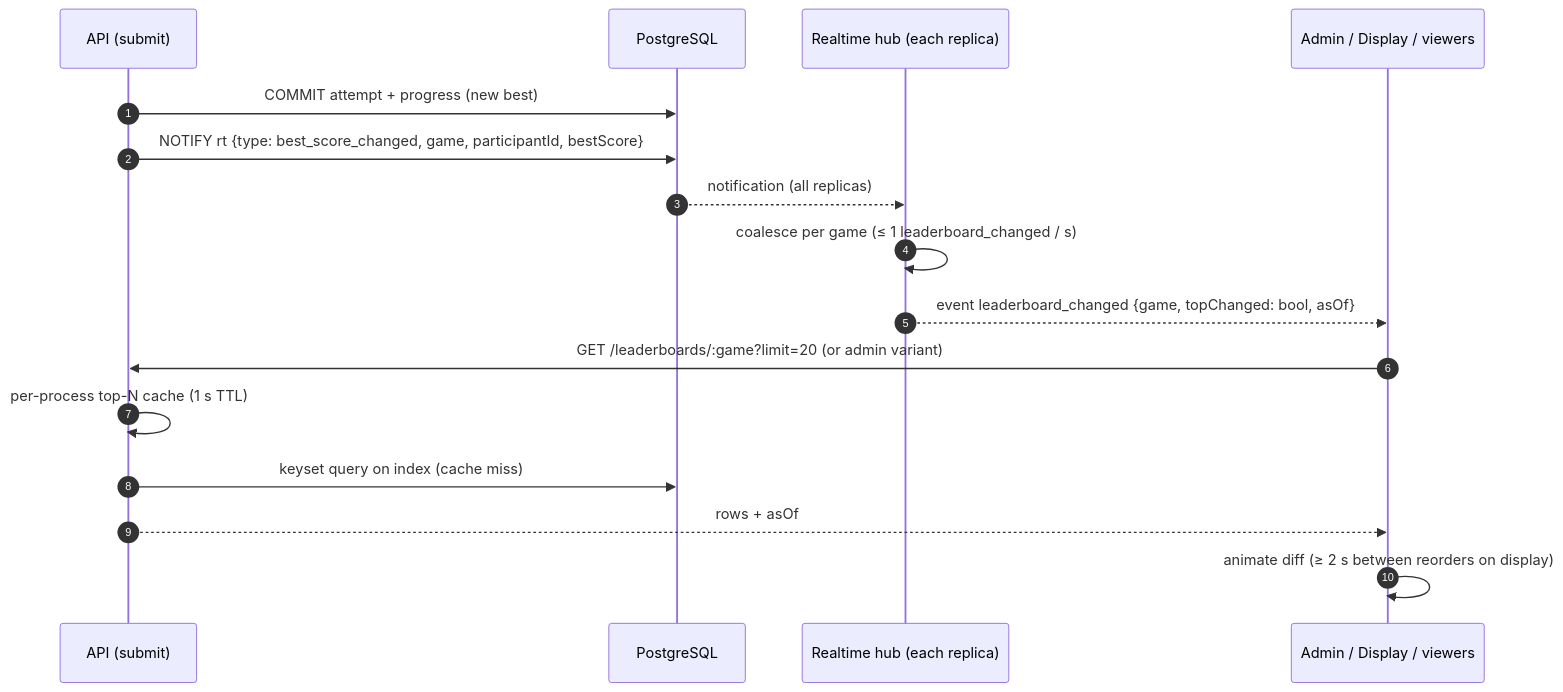
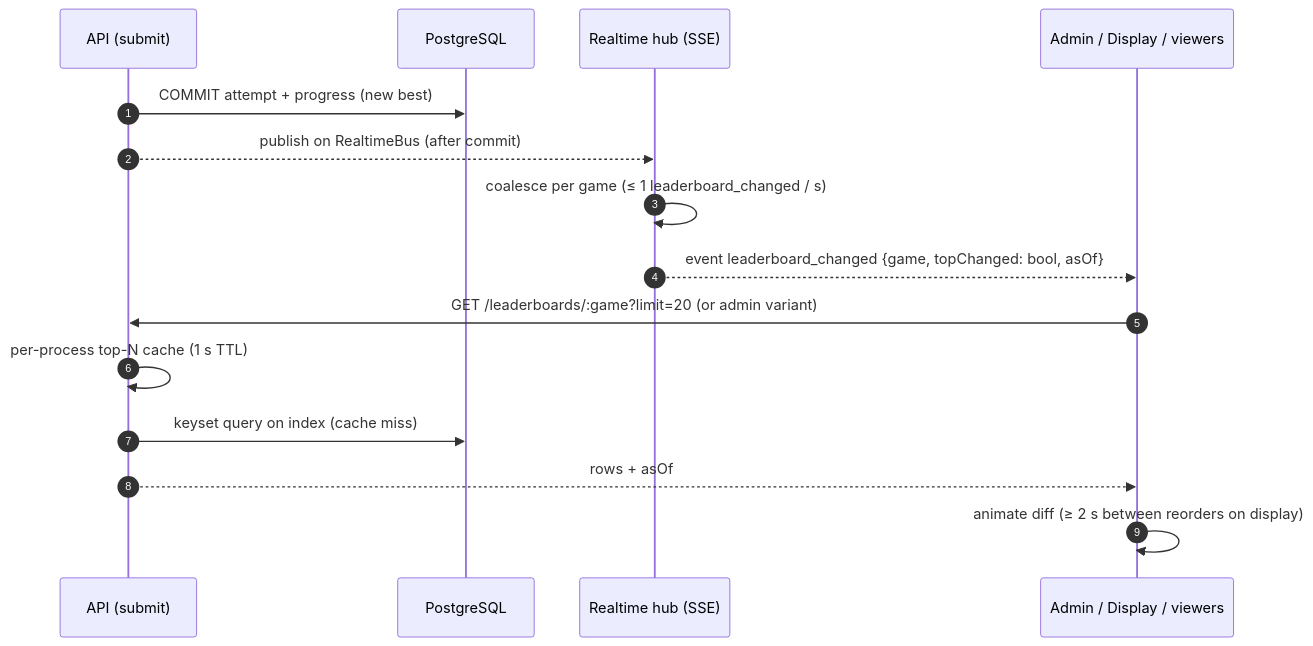
Before and after one commit to osameh15/Snowa-Exhibition-Game: the diagram in docs/02-domain/04-best-score-and-leaderboard.md, drawn with Mermaid. The commit also changed other lines of this file and 61 other files, not shown here.

First line of the commit message:
docs: right-size secure exhibition architecture

````diff
--- a/docs/02-domain/04-best-score-and-leaderboard.md
+++ b/docs/02-domain/04-best-score-and-leaderboard.md
@@ -72,18 +72,17 @@
 ```mermaid
 sequenceDiagram
   autonumber
   participant API as API (submit)
   participant DB as PostgreSQL
-  participant HUB as Realtime hub (each replica)
+  participant HUB as Realtime hub (SSE)
   participant ADM as Admin / Display / viewers
   API->>DB: COMMIT attempt + progress (new best)
-  API->>DB: NOTIFY rt {type: best_score_changed, game, participantId, bestScore}
-  DB-->>HUB: notification (all replicas)
+  API-->>HUB: publish on RealtimeBus (after commit)
   HUB->>HUB: coalesce per game (≤ 1 leaderboard_changed / s)
   HUB-->>ADM: event leaderboard_changed {game, topChanged: bool, asOf}
   ADM->>API: GET /leaderboards/:game?limit=20 (or admin variant)
   API->>API: per-process top-N cache (1 s TTL)
   API->>DB: keyset query on index (cache miss)
   API-->>ADM: rows + asOf
   ADM->>ADM: animate diff (≥ 2 s between reorders on display)
 ```
````
